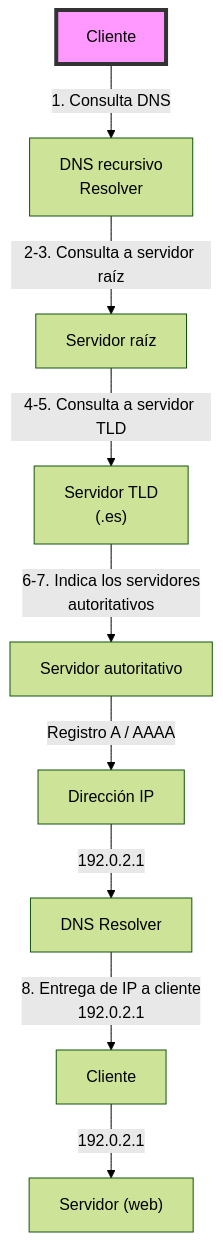
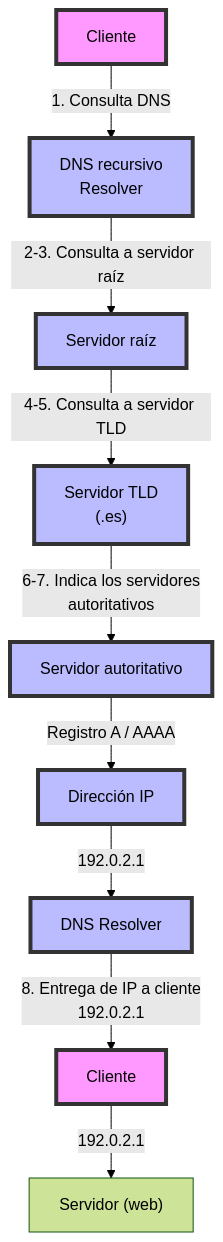
The diagram in docs/SMX/SMX_2/SX/apuntes/05_DNS.md (javieregeablasco/Apuntes), drawn with Mermaid (forest theme) before and after one commit.

Commit message:
Oct 29, 2026, 12:32 PM

````diff
--- a/docs/SMX/SMX_2/SX/apuntes/05_DNS.md
+++ b/docs/SMX/SMX_2/SX/apuntes/05_DNS.md
@@ -294,12 +294,20 @@
       ```mermaid
       flowchart TD
           A[Cliente] -->|1. Consulta DNS| B[DNS recursivo<br/>Resolver]
           B -->|2-3. Consulta a servidor raíz | C[Servidor raíz]
           C -->|4-5. Consulta a servidor TLD| D["Servidor TLD<br/>(.es)"]
           D -->|6-7. Indica los servidores<br/>autoritativos| E[Servidor autoritativo]
           E -->|Registro A / AAAA| F[Dirección IP]
           F -->|192.0.2.1| G[DNS Resolver]
           G -->|8. Entrega de IP a cliente <br/>192.0.2.1| H[Cliente]
           H -->|192.0.2.1| I["Servidor (web)"]
       style A fill:#f9f,stroke:#333,stroke-width:4px
+      style B fill:#bbf,stroke:#333,stroke-width:4px
+      style C fill:#bbf,stroke:#333,stroke-width:4px
+      style D fill:#bbf,stroke:#333,stroke-width:4px
+      style E fill:#bbf,stroke:#333,stroke-width:4px
+      style F fill:#bbf,stroke:#333,stroke-width:4px
+      style G fill:#bbf,stroke:#333,stroke-width:4px
+      style H fill:#f9f,stroke:#333,stroke-width:4px
+
       ```
````
